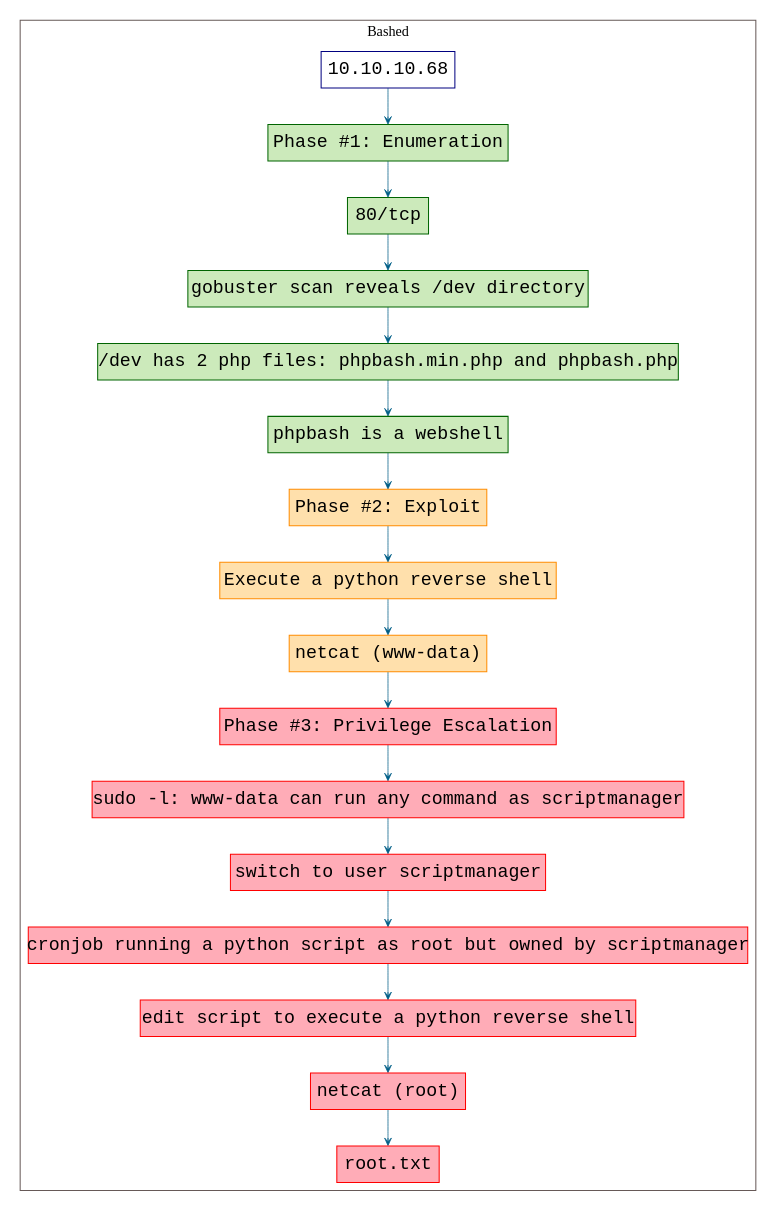
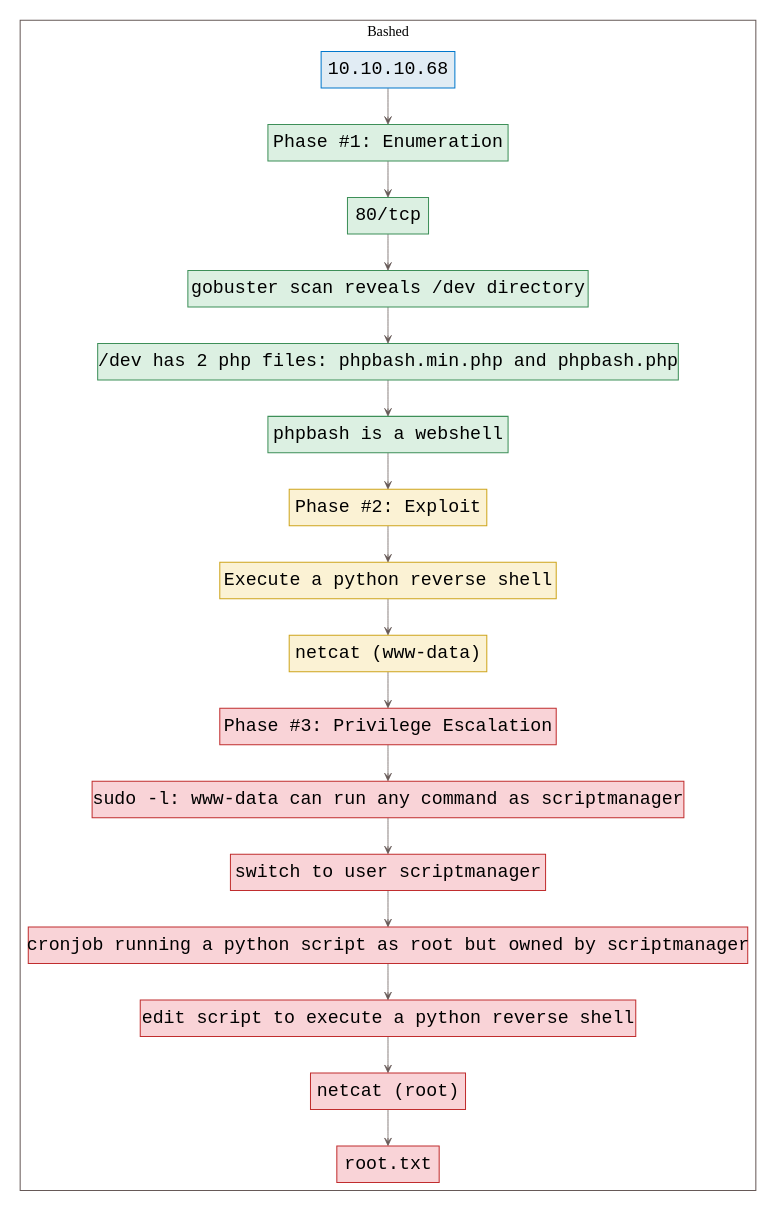
The diagram in htb.bashed/killchain.dot (7h3rAm/writeups), drawn with Graphviz before and after one commit. The commit also changed 110 other files, not shown here.

```diff
--- a/htb.bashed/killchain.dot
+++ b/htb.bashed/killchain.dot
@@ -1,44 +1,44 @@
 digraph G {
   #rankdir=LR;
   nodesdictep=1.0; splines="ortho"; K=0.6; overlap=scale; fixedsize=true; resolution=72; bgcolor="#ffffff"; outputorder="edgesfirst";
   node [fontname="courier" fontsize=18 shape=box width=0.25 fillcolor="white" style="filled,solid"];
-  edge [style=solid color="#005f87" penwidth=0.75 arrowhead=vee arrowsize=0.75 ];
+  edge [style=solid color="#665957" penwidth=0.75 arrowhead=vee arrowsize=0.75 ];
 
-  0[label="10.10.10.68" color="navyblue" fillcolor="#ffffff" tooltip="Bashed"];
-  10[label="sudo -l: www-data can run any command as scriptmanager" color="red" fillcolor="#ffacb7" tooltip="Phase #3:Privilege Escalation"];
-  11[label="switch to user scriptmanager" color="red" fillcolor="#ffacb7" tooltip="Phase #3:Privilege Escalation"];
-  12[label="cronjob running a python script as root but owned by scriptmanager" color="red" fillcolor="#ffacb7" tooltip="Phase #3:Privilege Escalation"];
-  13[label="edit script to execute a python reverse shell" color="red" fillcolor="#ffacb7" tooltip="Phase #3:Privilege Escalation"];
-  14[label="netcat (root)" color="red" fillcolor="#ffacb7" tooltip="Phase #3:Privilege Escalation"];
-  15[label="root.txt" color="red" fillcolor="#ffacb7" tooltip="Phase #3:Privilege Escalation"];
-  1[label="Phase #1: Enumeration" color="darkgreen" fillcolor="#cceabb" tooltip="Phase #1:Enumeration"];
-  2[label="80/tcp" color="darkgreen" fillcolor="#cceabb" tooltip="Phase #1:Enumeration"];
-  3[label="gobuster scan reveals /dev directory" color="darkgreen" fillcolor="#cceabb" tooltip="Phase #1:Enumeration"];
-  4[label="/dev has 2 php files: phpbash.min.php and phpbash.php" color="darkgreen" fillcolor="#cceabb" tooltip="Phase #1:Enumeration"];
-  5[label="phpbash is a webshell" color="darkgreen" fillcolor="#cceabb" tooltip="Phase #1:Enumeration"];
-  6[label="Phase #2: Exploit" color="darkorange" fillcolor="#ffe0ac" tooltip="Phase #2:Exploitation"];
-  7[label="Execute a python reverse shell" color="darkorange" fillcolor="#ffe0ac" tooltip="Phase #2:Exploitation"];
-  8[label="netcat (www-data)" color="darkorange" fillcolor="#ffe0ac" tooltip="Phase #2:Exploitation"];
-  9[label="Phase #3: Privilege Escalation" color="red" fillcolor="#ffacb7" tooltip="Phase #3:Privilege Escalation"];
+  0[label="10.10.10.68" color="#0077cc" fillcolor="#e1ecf4" tooltip="Bashed"];
+  10[label="sudo -l: www-data can run any command as scriptmanager" color="#c02d2e" fillcolor="#f9d3d7" tooltip="Phase #3:Privilege Escalation"];
+  11[label="switch to user scriptmanager" color="#c02d2e" fillcolor="#f9d3d7" tooltip="Phase #3:Privilege Escalation"];
+  12[label="cronjob running a python script as root but owned by scriptmanager" color="#c02d2e" fillcolor="#f9d3d7" tooltip="Phase #3:Privilege Escalation"];
+  13[label="edit script to execute a python reverse shell" color="#c02d2e" fillcolor="#f9d3d7" tooltip="Phase #3:Privilege Escalation"];
+  14[label="netcat (root)" color="#c02d2e" fillcolor="#f9d3d7" tooltip="Phase #3:Privilege Escalation"];
+  15[label="root.txt" color="#c02d2e" fillcolor="#f9d3d7" tooltip="Phase #3:Privilege Escalation"];
+  1[label="Phase #1: Enumeration" color="#3d8f58" fillcolor="#dcf0e2" tooltip="Phase #1:Enumeration"];
+  2[label="80/tcp" color="#3d8f58" fillcolor="#dcf0e2" tooltip="Phase #1:Enumeration"];
+  3[label="gobuster scan reveals /dev directory" color="#3d8f58" fillcolor="#dcf0e2" tooltip="Phase #1:Enumeration"];
+  4[label="/dev has 2 php files: phpbash.min.php and phpbash.php" color="#3d8f58" fillcolor="#dcf0e2" tooltip="Phase #1:Enumeration"];
+  5[label="phpbash is a webshell" color="#3d8f58" fillcolor="#dcf0e2" tooltip="Phase #1:Enumeration"];
+  6[label="Phase #2: Exploit" color="#cea51b" fillcolor="#fbf2d4" tooltip="Phase #2:Exploitation"];
+  7[label="Execute a python reverse shell" color="#cea51b" fillcolor="#fbf2d4" tooltip="Phase #2:Exploitation"];
+  8[label="netcat (www-data)" color="#cea51b" fillcolor="#fbf2d4" tooltip="Phase #2:Exploitation"];
+  9[label="Phase #3: Privilege Escalation" color="#c02d2e" fillcolor="#f9d3d7" tooltip="Phase #3:Privilege Escalation"];
 
   subgraph cluster_0 {
     node [style="filled,solid"];
     label = "Bashed";
     color = "#665957";
-    0 -> 1 [color="#005f87"];
-    1 -> 2 [color="#005f87"];
-    10 -> 11 [color="#005f87"];
-    11 -> 12 [color="#005f87"];
-    12 -> 13 [color="#005f87"];
-    13 -> 14 [color="#005f87"];
-    14 -> 15 [color="#005f87"];
-    2 -> 3 [color="#005f87"];
-    3 -> 4 [color="#005f87"];
-    4 -> 5 [color="#005f87"];
-    5 -> 6 [color="#005f87"];
-    6 -> 7 [color="#005f87"];
-    7 -> 8 [color="#005f87"];
-    8 -> 9 [color="#005f87"];
-    9 -> 10 [color="#005f87"];
+    0 -> 1 [color="#665957"];
+    1 -> 2 [color="#665957"];
+    10 -> 11 [color="#665957"];
+    11 -> 12 [color="#665957"];
+    12 -> 13 [color="#665957"];
+    13 -> 14 [color="#665957"];
+    14 -> 15 [color="#665957"];
+    2 -> 3 [color="#665957"];
+    3 -> 4 [color="#665957"];
+    4 -> 5 [color="#665957"];
+    5 -> 6 [color="#665957"];
+    6 -> 7 [color="#665957"];
+    7 -> 8 [color="#665957"];
+    8 -> 9 [color="#665957"];
+    9 -> 10 [color="#665957"];
   }
 }
```
